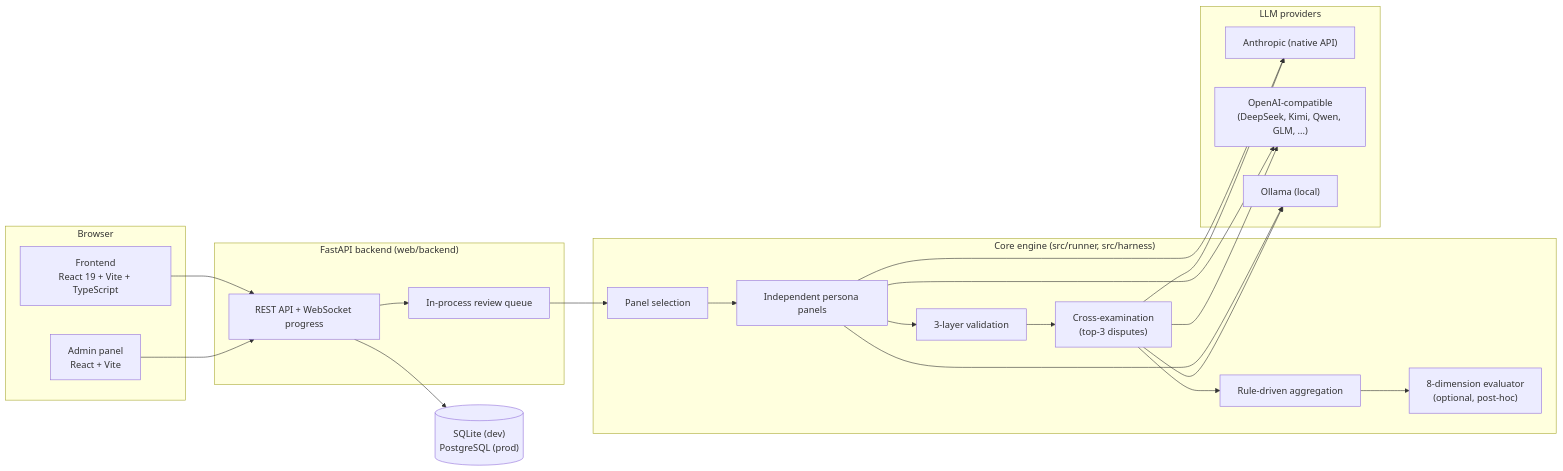
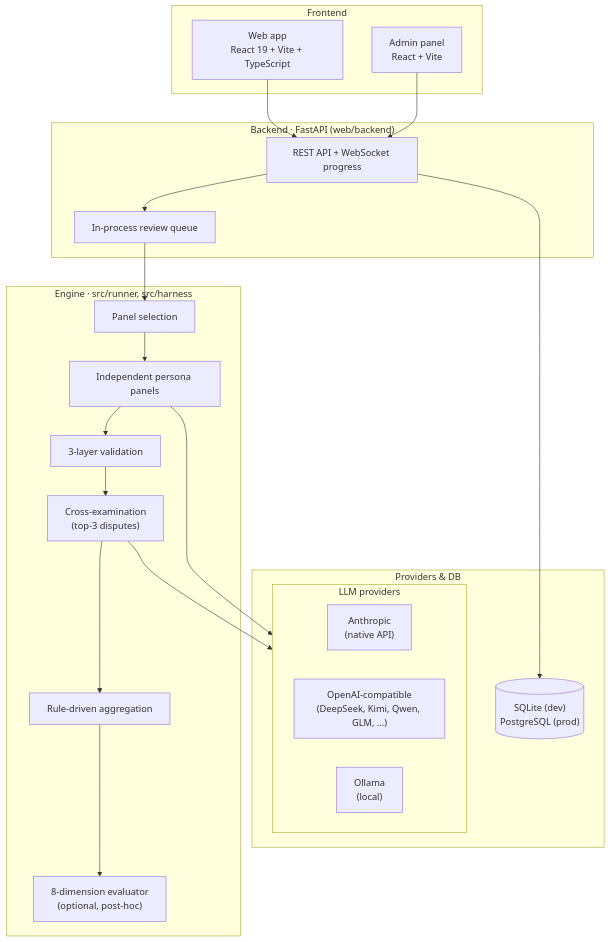
Before and after one commit to jedi-ling/audiencelens: the diagram in README.md, drawn with Mermaid. The commit also changed other lines of this file and 2 other files, not shown here.

Commit message:
READMEs: list all AI coding assistants; top-down architecture diagram
- Development note (en/zh/ja): Claude Code, Codex, Trae, Qoder, Kimi,
  matching .codex/, .trae/, the Qoder batch commit and the co-author
  trailers. Design, review and verification remain the author's.
- Architecture Mermaid diagram is now flowchart TB with Frontend /
  Backend / Engine / Providers & DB subgraphs (LLM providers nested),
  so it fits GitHub's content width. Same nodes and flow. README_zh.md
  now has the diagram too instead of linking to README.md.

````diff
--- a/README.md
+++ b/README.md
@@ -55,32 +55,34 @@
 ```mermaid
-flowchart LR
-    subgraph Browser
-        FE["Frontend<br/>React 19 + Vite + TypeScript"]
+flowchart TB
+    subgraph Frontend["Frontend"]
+        FE["Web app<br/>React 19 + Vite + TypeScript"]
         AD["Admin panel<br/>React + Vite"]
     end
-    subgraph Backend["FastAPI backend (web/backend)"]
+    subgraph Backend["Backend · FastAPI (web/backend)"]
         API["REST API + WebSocket progress"]
         Q["In-process review queue"]
     end
-    subgraph Engine["Core engine (src/runner, src/harness)"]
+    subgraph Engine["Engine · src/runner, src/harness"]
         PS["Panel selection"]
         PP["Independent persona panels"]
         V["3-layer validation"]
         CX["Cross-examination<br/>(top-3 disputes)"]
         AG["Rule-driven aggregation"]
         EV["8-dimension evaluator<br/>(optional, post-hoc)"]
     end
-    subgraph LLM["LLM providers"]
-        AN["Anthropic (native API)"]
-        OC["OpenAI-compatible<br/>(DeepSeek, Kimi, Qwen, GLM, ...)"]
-        OL["Ollama (local)"]
+    subgraph Providers["Providers & DB"]
+        subgraph LLM["LLM providers"]
+            AN["Anthropic<br/>(native API)"]
+            OC["OpenAI-compatible<br/>(DeepSeek, Kimi, Qwen, GLM, ...)"]
+            OL["Ollama<br/>(local)"]
+        end
+        DB[("SQLite (dev)<br/>PostgreSQL (prod)")]
     end
-    DB[("SQLite (dev)<br/>PostgreSQL (prod)")]
 
     FE --> API
     AD --> API
     API --> Q --> PS --> PP --> V --> CX --> AG --> EV
-    PP --> AN & OC & OL
-    CX --> AN & OC & OL
+    PP --> LLM
+    CX --> LLM
     API --> DB
 ```
````
